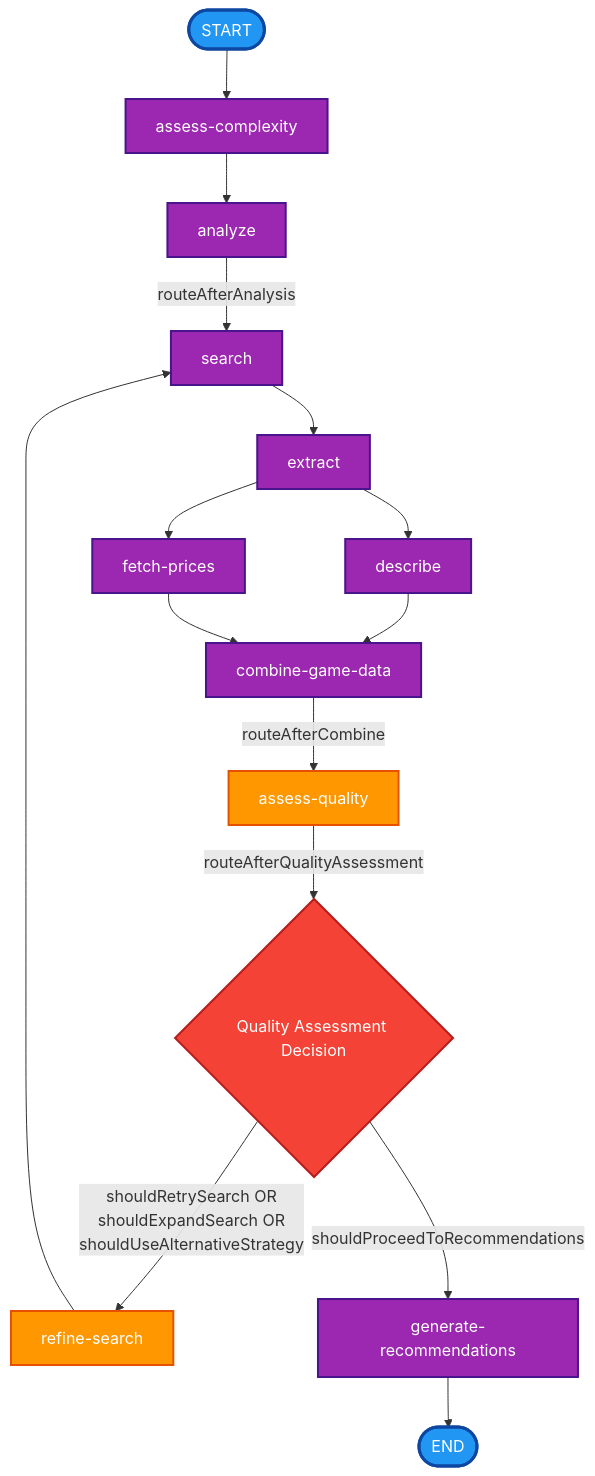
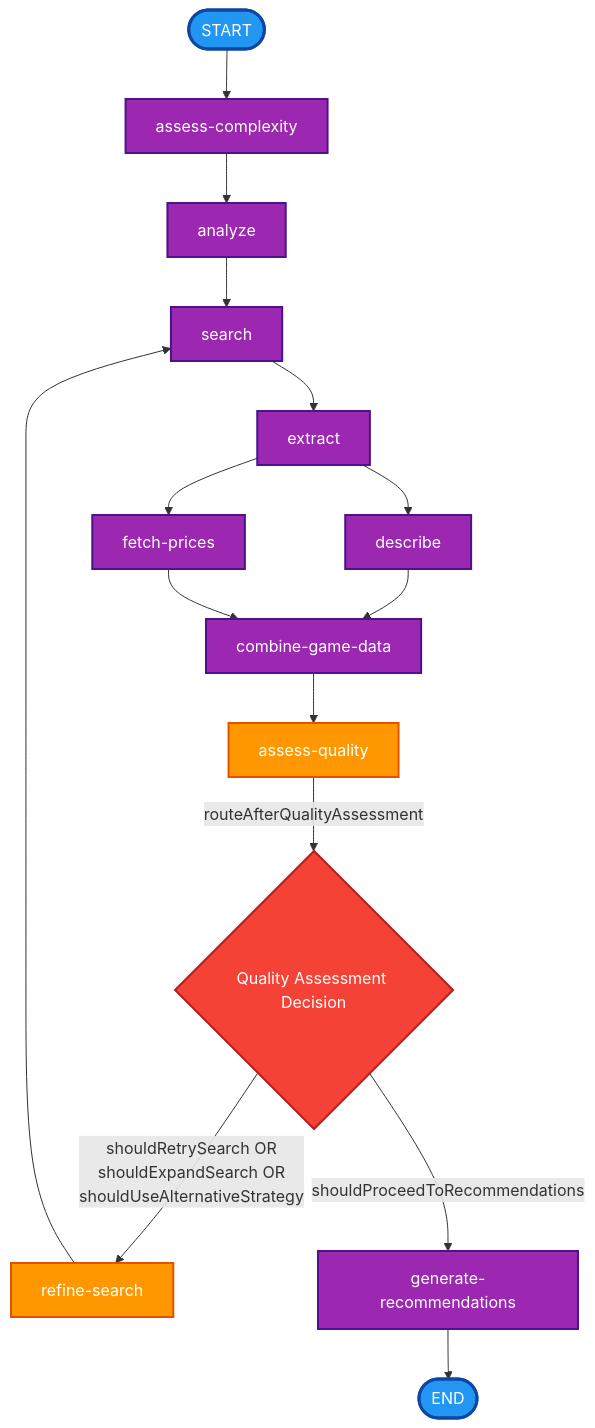
One commit to litzebauer/game-recommender changed the diagram in game-recommendation-graph-diagram.md. Above: the diagram before and after it, drawn with Mermaid. The commit also changed other lines of this file and 4 other files, not shown here.

Commit message:
refactor: streamline game recommendation workflow by replacing conditional routing with direct edges for analysis and combination steps, simplifying decision logic in the diagram and code; update state structure to remove unused search strategies.

````diff
--- a/game-recommendation-graph-diagram.md
+++ b/game-recommendation-graph-diagram.md
@@ -5,38 +5,38 @@
 ```mermaid
 flowchart TD
     START([START]) --> assess_complexity[assess-complexity]
 
     assess_complexity --> analyze[analyze]
 
-    analyze --> |routeAfterAnalysis| search[search]
+    analyze --> search[search]
 
     search --> extract[extract]
 
     extract --> describe[describe]
     extract --> price[fetch-prices]
 
     describe --> combine[combine-game-data]
     price --> combine
 
-    combine --> |routeAfterCombine| assess_quality[assess-quality]
+    combine --> assess_quality[assess-quality]
 
     assess_quality --> |routeAfterQualityAssessment| decision{Quality Assessment Decision}
 
     decision --> |shouldRetrySearch OR<br/>shouldExpandSearch OR<br/>shouldUseAlternativeStrategy| refine_search[refine-search]
     decision --> |shouldProceedToRecommendations| recommend[generate-recommendations]
 
     refine_search --> search
 
     recommend --> END([END])
 
     %% Styling
     classDef startEnd fill:#2196f3,stroke:#0d47a1,stroke-width:3px,color:#ffffff
     classDef coreNode fill:#9c27b0,stroke:#4a148c,stroke-width:2px,color:#ffffff
     classDef agenticNode fill:#ff9800,stroke:#e65100,stroke-width:2px,color:#ffffff
     classDef decision fill:#f44336,stroke:#b71c1c,stroke-width:2px,color:#ffffff
 
     class START,END startEnd
     class assess_complexity,analyze,search,extract,describe,price,combine,recommend coreNode
     class assess_quality,refine_search agenticNode
     class decision decision
 ```
````
